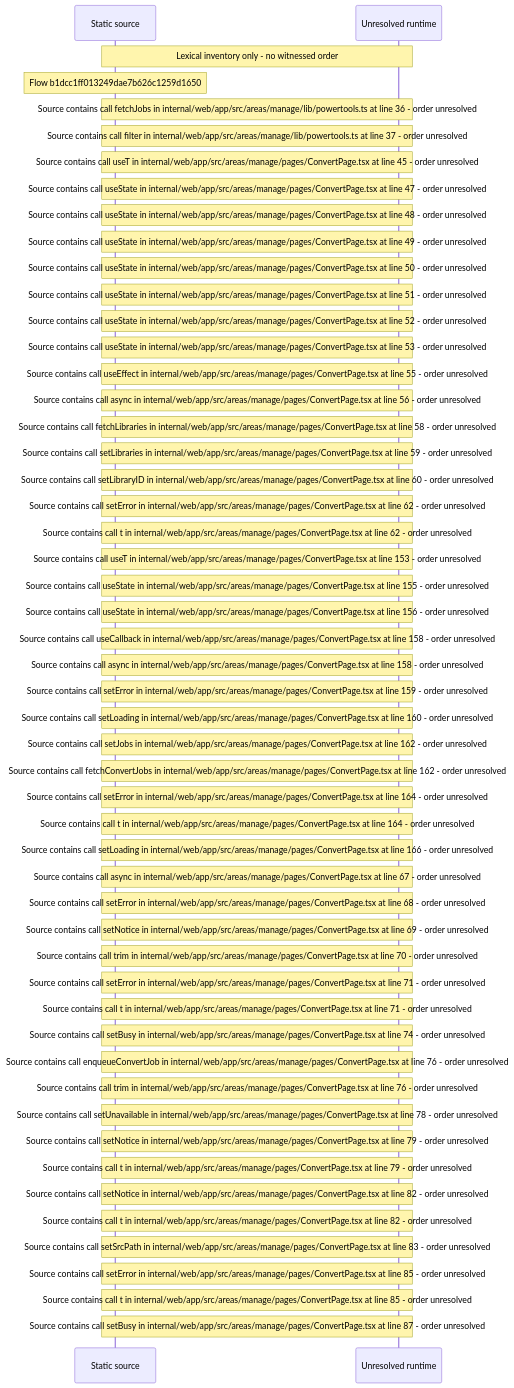
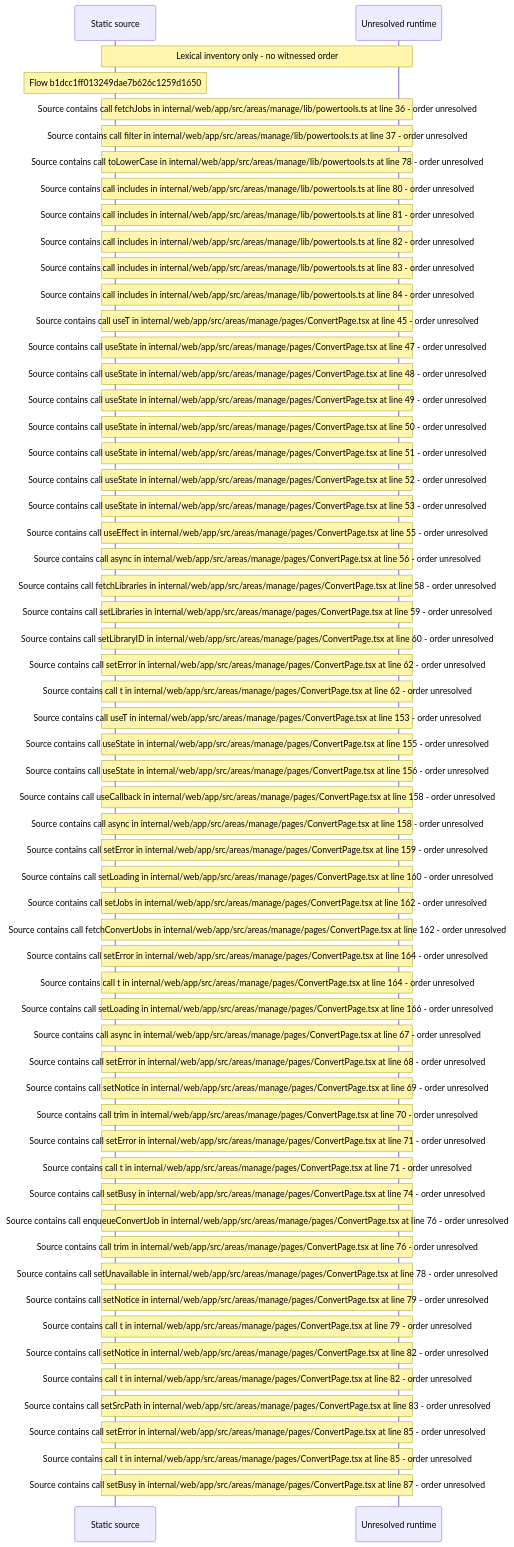
The diagram in docs/web/flows/generated/b1dcc1ff013249dae7b626c1259d1650/flow-diagram.md (beamfall/core), drawn with Mermaid before and after one commit. The commit also changed other lines of this file and 699 other files, not shown here.

Commit message:
Regenerate the web flow record with flow generator version 5

````diff
--- a/docs/web/flows/generated/b1dcc1ff013249dae7b626c1259d1650/flow-diagram.md
+++ b/docs/web/flows/generated/b1dcc1ff013249dae7b626c1259d1650/flow-diagram.md
@@ -10,54 +10,60 @@
 ```mermaid
 sequenceDiagram
     participant S as Static source
     participant U as Unresolved runtime
     Note over S,U: Lexical inventory only - no witnessed order
     Note over S: Flow b1dcc1ff013249dae7b626c1259d1650
     Note over S,U: Source contains call fetchJobs in internal/web/app/src/areas/manage/lib/powertools.ts at line 36 - order unresolved
     Note over S,U: Source contains call filter in internal/web/app/src/areas/manage/lib/powertools.ts at line 37 - order unresolved
+    Note over S,U: Source contains call toLowerCase in internal/web/app/src/areas/manage/lib/powertools.ts at line 78 - order unresolved
+    Note over S,U: Source contains call includes in internal/web/app/src/areas/manage/lib/powertools.ts at line 80 - order unresolved
+    Note over S,U: Source contains call includes in internal/web/app/src/areas/manage/lib/powertools.ts at line 81 - order unresolved
+    Note over S,U: Source contains call includes in internal/web/app/src/areas/manage/lib/powertools.ts at line 82 - order unresolved
+    Note over S,U: Source contains call includes in internal/web/app/src/areas/manage/lib/powertools.ts at line 83 - order unresolved
+    Note over S,U: Source contains call includes in internal/web/app/src/areas/manage/lib/powertools.ts at line 84 - order unresolved
     Note over S,U: Source contains call useT in internal/web/app/src/areas/manage/pages/ConvertPage.tsx at line 45 - order unresolved
     Note over S,U: Source contains call useState in internal/web/app/src/areas/manage/pages/ConvertPage.tsx at line 47 - order unresolved
     Note over S,U: Source contains call useState in internal/web/app/src/areas/manage/pages/ConvertPage.tsx at line 48 - order unresolved
     Note over S,U: Source contains call useState in internal/web/app/src/areas/manage/pages/ConvertPage.tsx at line 49 - order unresolved
     Note over S,U: Source contains call useState in internal/web/app/src/areas/manage/pages/ConvertPage.tsx at line 50 - order unresolved
     Note over S,U: Source contains call useState in internal/web/app/src/areas/manage/pages/ConvertPage.tsx at line 51 - order unresolved
     Note over S,U: Source contains call useState in internal/web/app/src/areas/manage/pages/ConvertPage.tsx at line 52 - order unresolved
     Note over S,U: Source contains call useState in internal/web/app/src/areas/manage/pages/ConvertPage.tsx at line 53 - order unresolved
     Note over S,U: Source contains call useEffect in internal/web/app/src/areas/manage/pages/ConvertPage.tsx at line 55 - order unresolved
     Note over S,U: Source contains call async in internal/web/app/src/areas/manage/pages/ConvertPage.tsx at line 56 - order unresolved
     Note over S,U: Source contains call fetchLibraries in internal/web/app/src/areas/manage/pages/ConvertPage.tsx at line 58 - order unresolved
     Note over S,U: Source contains call setLibraries in internal/web/app/src/areas/manage/pages/ConvertPage.tsx at line 59 - order unresolved
     Note over S,U: Source contains call setLibraryID in internal/web/app/src/areas/manage/pages/ConvertPage.tsx at line 60 - order unresolved
     Note over S,U: Source contains call setError in internal/web/app/src/areas/manage/pages/ConvertPage.tsx at line 62 - order unresolved
     Note over S,U: Source contains call t in internal/web/app/src/areas/manage/pages/ConvertPage.tsx at line 62 - order unresolved
     Note over S,U: Source contains call useT in internal/web/app/src/areas/manage/pages/ConvertPage.tsx at line 153 - order unresolved
     Note over S,U: Source contains call useState in internal/web/app/src/areas/manage/pages/ConvertPage.tsx at line 155 - order unresolved
     Note over S,U: Source contains call useState in internal/web/app/src/areas/manage/pages/ConvertPage.tsx at line 156 - order unresolved
     Note over S,U: Source contains call useCallback in internal/web/app/src/areas/manage/pages/ConvertPage.tsx at line 158 - order unresolved
     Note over S,U: Source contains call async in internal/web/app/src/areas/manage/pages/ConvertPage.tsx at line 158 - order unresolved
     Note over S,U: Source contains call setError in internal/web/app/src/areas/manage/pages/ConvertPage.tsx at line 159 - order unresolved
     Note over S,U: Source contains call setLoading in internal/web/app/src/areas/manage/pages/ConvertPage.tsx at line 160 - order unresolved
     Note over S,U: Source contains call setJobs in internal/web/app/src/areas/manage/pages/ConvertPage.tsx at line 162 - order unresolved
     Note over S,U: Source contains call fetchConvertJobs in internal/web/app/src/areas/manage/pages/ConvertPage.tsx at line 162 - order unresolved
     Note over S,U: Source contains call setError in internal/web/app/src/areas/manage/pages/ConvertPage.tsx at line 164 - order unresolved
     Note over S,U: Source contains call t in internal/web/app/src/areas/manage/pages/ConvertPage.tsx at line 164 - order unresolved
     Note over S,U: Source contains call setLoading in internal/web/app/src/areas/manage/pages/ConvertPage.tsx at line 166 - order unresolved
     Note over S,U: Source contains call async in internal/web/app/src/areas/manage/pages/ConvertPage.tsx at line 67 - order unresolved
     Note over S,U: Source contains call setError in internal/web/app/src/areas/manage/pages/ConvertPage.tsx at line 68 - order unresolved
     Note over S,U: Source contains call setNotice in internal/web/app/src/areas/manage/pages/ConvertPage.tsx at line 69 - order unresolved
     Note over S,U: Source contains call trim in internal/web/app/src/areas/manage/pages/ConvertPage.tsx at line 70 - order unresolved
     Note over S,U: Source contains call setError in internal/web/app/src/areas/manage/pages/ConvertPage.tsx at line 71 - order unresolved
     Note over S,U: Source contains call t in internal/web/app/src/areas/manage/pages/ConvertPage.tsx at line 71 - order unresolved
     Note over S,U: Source contains call setBusy in internal/web/app/src/areas/manage/pages/ConvertPage.tsx at line 74 - order unresolved
     Note over S,U: Source contains call enqueueConvertJob in internal/web/app/src/areas/manage/pages/ConvertPage.tsx at line 76 - order unresolved
     Note over S,U: Source contains call trim in internal/web/app/src/areas/manage/pages/ConvertPage.tsx at line 76 - order unresolved
     Note over S,U: Source contains call setUnavailable in internal/web/app/src/areas/manage/pages/ConvertPage.tsx at line 78 - order unresolved
     Note over S,U: Source contains call setNotice in internal/web/app/src/areas/manage/pages/ConvertPage.tsx at line 79 - order unresolved
     Note over S,U: Source contains call t in internal/web/app/src/areas/manage/pages/ConvertPage.tsx at line 79 - order unresolved
     Note over S,U: Source contains call setNotice in internal/web/app/src/areas/manage/pages/ConvertPage.tsx at line 82 - order unresolved
     Note over S,U: Source contains call t in internal/web/app/src/areas/manage/pages/ConvertPage.tsx at line 82 - order unresolved
     Note over S,U: Source contains call setSrcPath in internal/web/app/src/areas/manage/pages/ConvertPage.tsx at line 83 - order unresolved
     Note over S,U: Source contains call setError in internal/web/app/src/areas/manage/pages/ConvertPage.tsx at line 85 - order unresolved
     Note over S,U: Source contains call t in internal/web/app/src/areas/manage/pages/ConvertPage.tsx at line 85 - order unresolved
     Note over S,U: Source contains call setBusy in internal/web/app/src/areas/manage/pages/ConvertPage.tsx at line 87 - order unresolved
 ```
````
